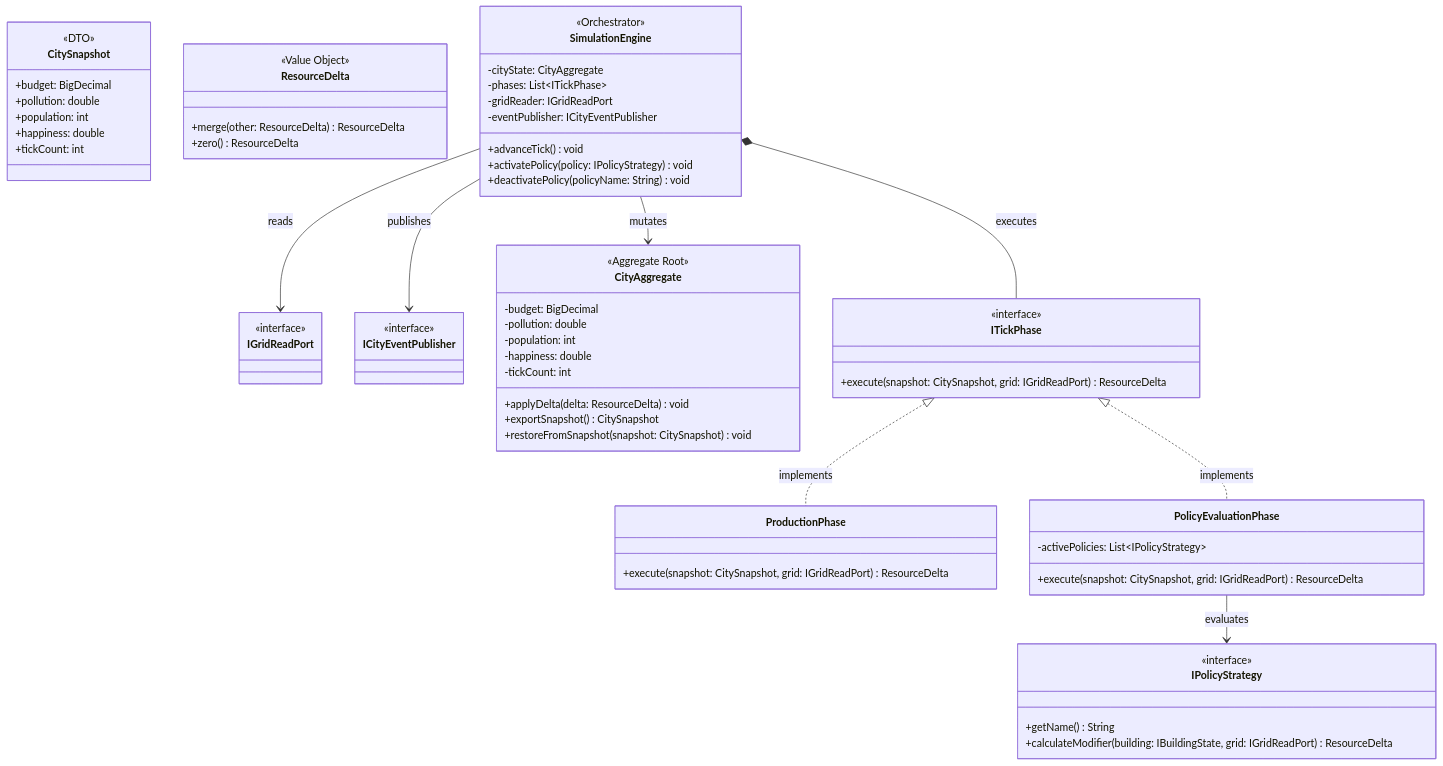
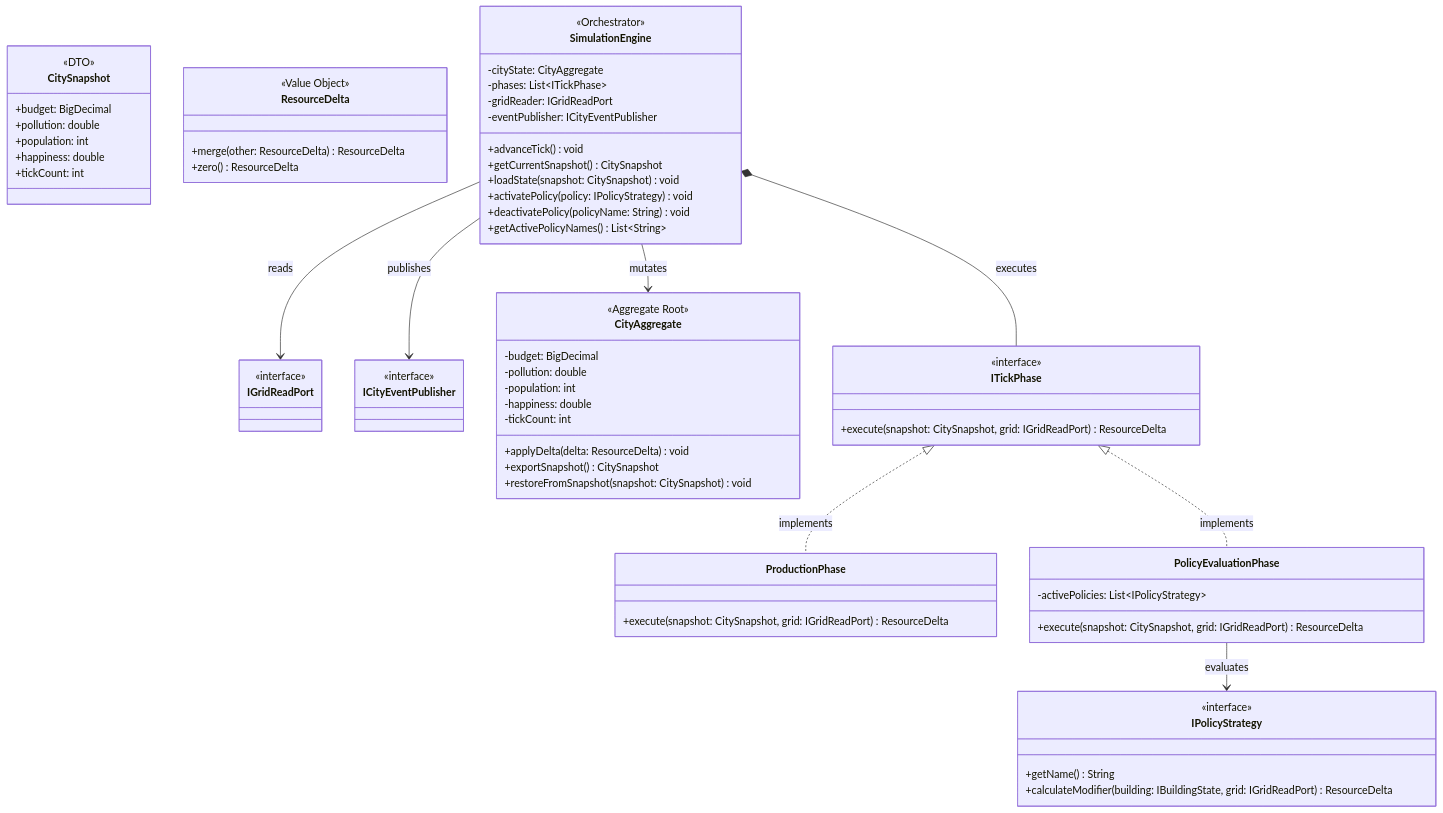
Before and after one commit to LeonardoBellan/CityLogic: the diagram in docs/Design Class Diagrams/simulationDomain.md, drawn with Mermaid. The commit also changed other lines of this file and 22 other files, not shown here.

````diff
--- a/docs/Design Class Diagrams/simulationDomain.md
+++ b/docs/Design Class Diagrams/simulationDomain.md
@@ -1,75 +3,78 @@
 ```mermaid
 classDiagram
     direction TB
 
     %% External interfaces used by the current implementation
     class IGridReadPort { <<interface>> }
     class ICityEventPublisher { <<interface>> }
 
     class CityAggregate {
         <<Aggregate Root>>
         -budget: BigDecimal
         -pollution: double
         -population: int
         -happiness: double
         -tickCount: int
         +applyDelta(delta: ResourceDelta) void
         +exportSnapshot() CitySnapshot
         +restoreFromSnapshot(snapshot: CitySnapshot) void
     }
 
     class CitySnapshot {
         <<DTO>>
         +budget: BigDecimal
         +pollution: double
         +population: int
         +happiness: double
         +tickCount: int
     }
 
     class ResourceDelta {
         <<Value Object>>
         +merge(other: ResourceDelta) ResourceDelta
         +zero() ResourceDelta
     }
 
     class SimulationEngine {
         <<Orchestrator>>
         -cityState: CityAggregate
         -phases: List~ITickPhase~
         -gridReader: IGridReadPort
         -eventPublisher: ICityEventPublisher
         +advanceTick() void
+        +getCurrentSnapshot() CitySnapshot
+        +loadState(snapshot: CitySnapshot) void
         +activatePolicy(policy: IPolicyStrategy) void
         +deactivatePolicy(policyName: String) void
+        +getActivePolicyNames() List~String~
     }
 
     class ITickPhase {
         <<interface>>
         +execute(snapshot: CitySnapshot, grid: IGridReadPort) ResourceDelta
     }
 
     class ProductionPhase {
         +execute(snapshot: CitySnapshot, grid: IGridReadPort) ResourceDelta
     }
 
     class PolicyEvaluationPhase {
         -activePolicies: List~IPolicyStrategy~
         +execute(snapshot: CitySnapshot, grid: IGridReadPort) ResourceDelta
     }
 
     class IPolicyStrategy {
         <<interface>>
         +getName() String
         +calculateModifier(building: IBuildingState, grid: IGridReadPort) ResourceDelta
     }
 
     SimulationEngine --> CityAggregate : mutates
     SimulationEngine --> IGridReadPort : reads
     SimulationEngine --> ICityEventPublisher : publishes
     SimulationEngine *-- ITickPhase : executes
 
     ITickPhase <|.. ProductionPhase : implements
     ITickPhase <|.. PolicyEvaluationPhase : implements
     PolicyEvaluationPhase --> IPolicyStrategy : evaluates
 ```
````
